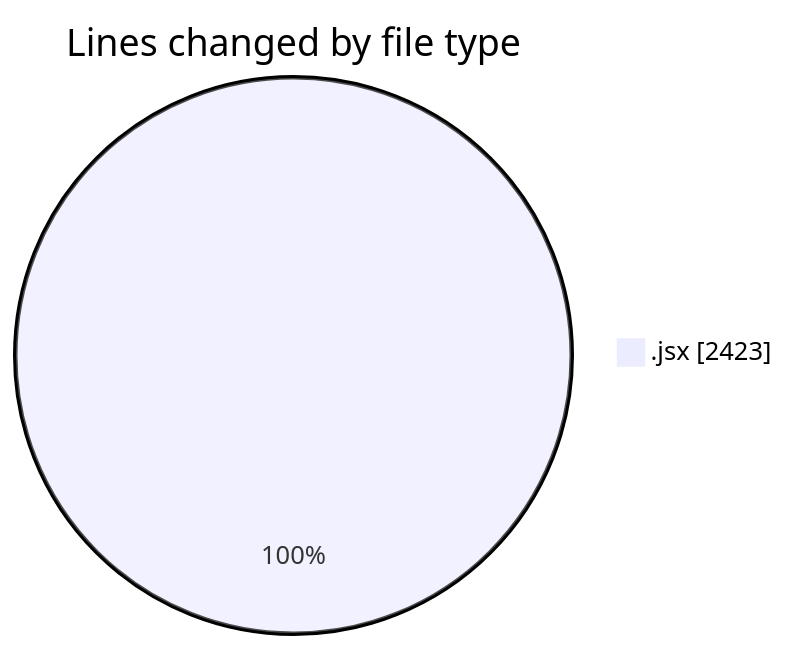
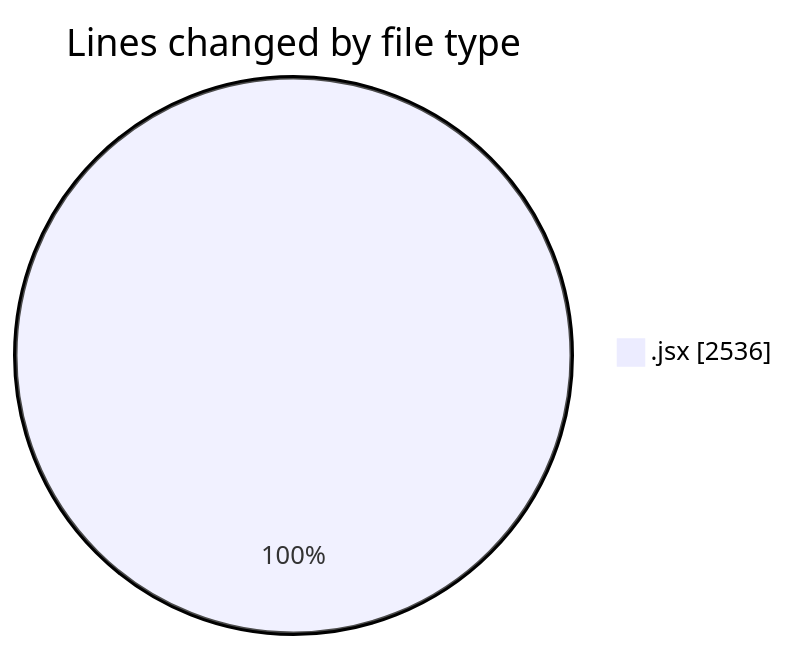
One commit to nxtqubesakshisongat/code-tracking changed the first of 2 diagrams in 2025-09-28/nxtqube_webapp/README.md. Above: the diagram before and after it, drawn with Mermaid. The commit also changed other lines of this file and 1 other file, not shown here.

````diff
--- a/2025-09-28/nxtqube_webapp/README.md
+++ b/2025-09-28/nxtqube_webapp/README.md
@@ -20,5 +20,5 @@
 ```mermaid
 pie showData
 title Lines changed by file type
-".jsx" : 2423
+".jsx" : 2536
 ```
````
